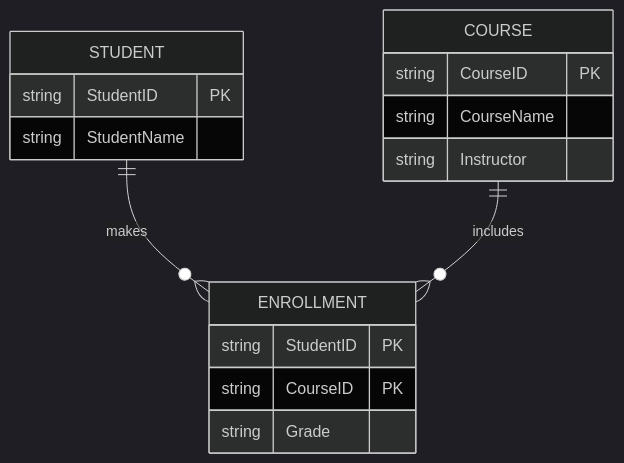
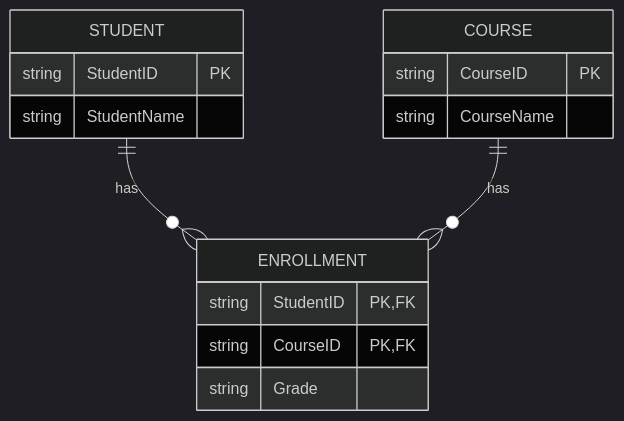
Before and after one commit to pentoshi007/prep: the fifth of 14 diagrams in DBMS/norm.md, drawn with Mermaid (dark theme). The commit also changed other lines of this file, not shown here.

````diff
--- a/DBMS/norm.md
+++ b/DBMS/norm.md
@@ -172,19 +384,18 @@
 ```mermaid
 erDiagram
-    STUDENT ||--o{ ENROLLMENT : makes
-    COURSE ||--o{ ENROLLMENT : includes
+    STUDENT ||--o{ ENROLLMENT : has
+    COURSE ||--o{ ENROLLMENT : has
     STUDENT {
         string StudentID PK
         string StudentName
     }
     COURSE {
         string CourseID PK
         string CourseName
-        string Instructor
     }
     ENROLLMENT {
-        string StudentID PK
-        string CourseID PK
+        string StudentID PK, FK
+        string CourseID PK, FK
         string Grade
     }
 ```
````
